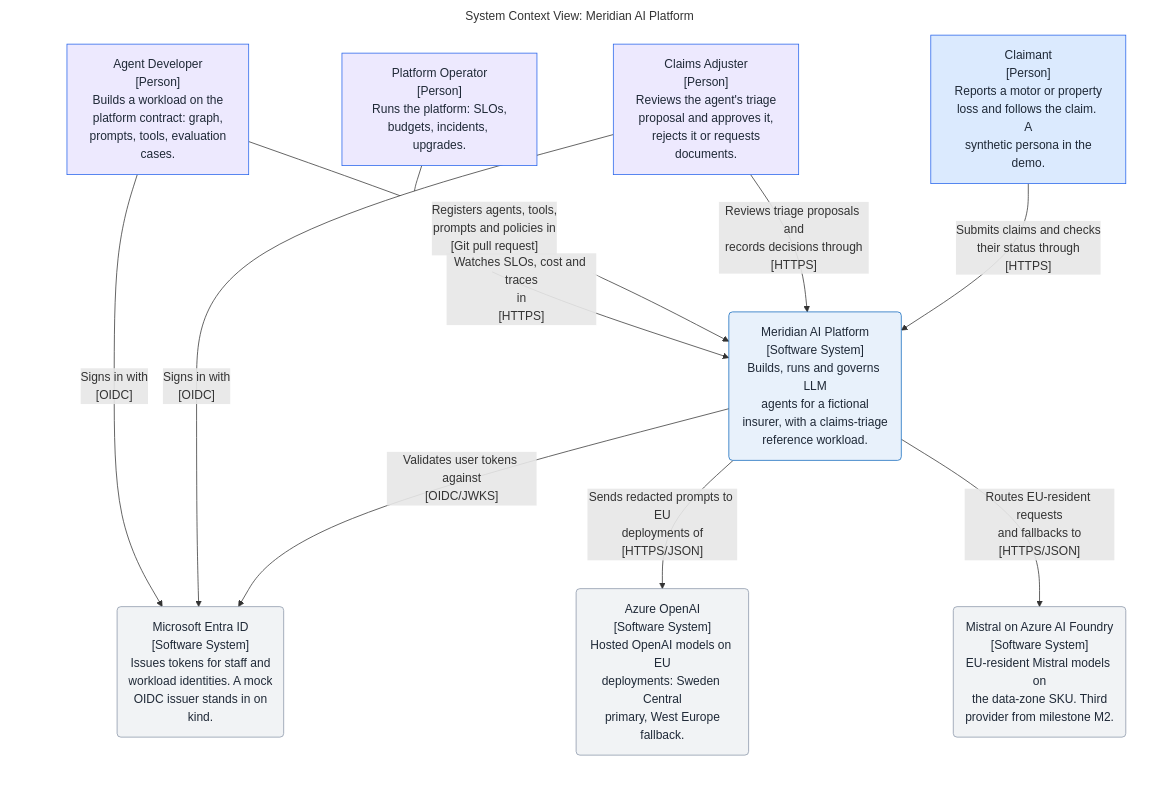
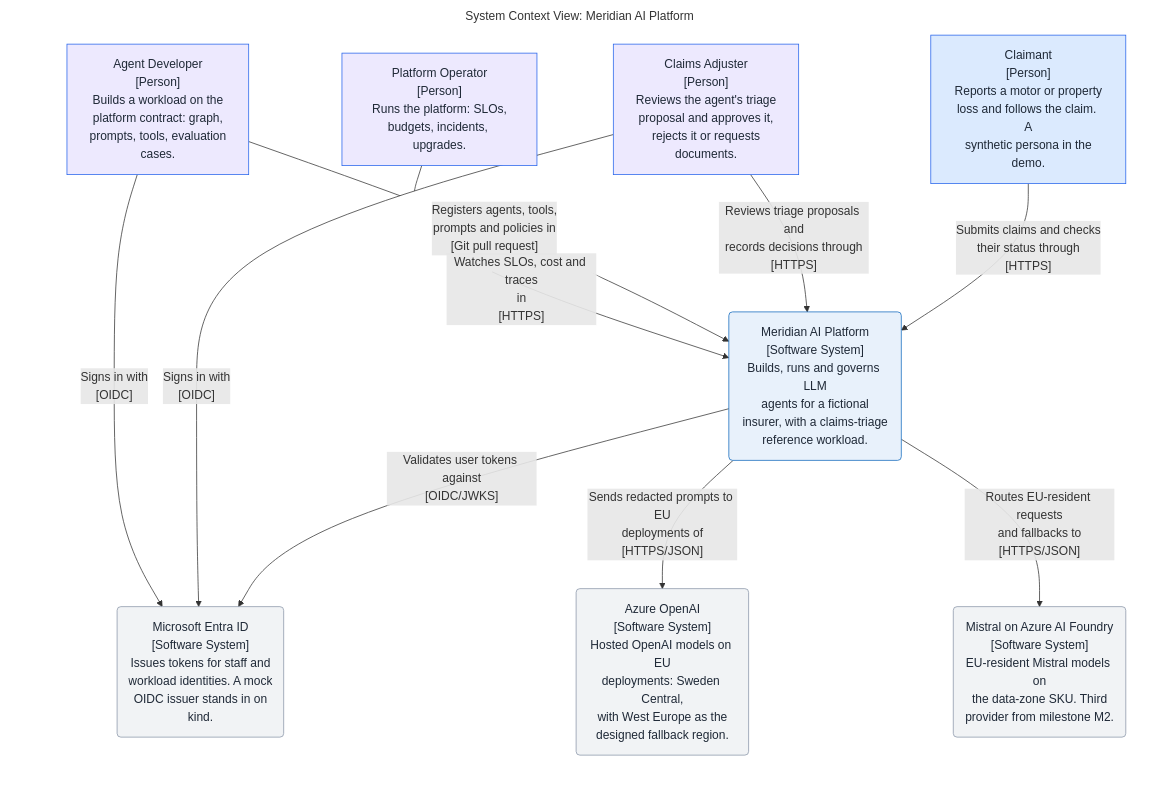
One commit to Dezoxy/meridian-ai-platform changed the diagram in README.md. Above: the diagram before and after it, drawn with Mermaid. The commit also changed other lines of this file and 36 other files, not shown here.

````diff
--- a/README.md
+++ b/README.md
@@ -23,36 +24,36 @@
 ```mermaid
 graph LR
   linkStyle default fill:#ffffff
 
   subgraph diagram ["System Context View: Meridian AI Platform"]
     style diagram fill:#ffffff,stroke:#ffffff
 
     1["Claimant<br/>[Person]<br/>Reports a motor or property<br/>loss and follows the claim. A<br/>synthetic persona in the<br/>demo."]
     style 1 fill:#dbeafe,stroke:#2563eb,color:#1f2937
     10("Meridian AI Platform<br/>[Software System]<br/>Builds, runs and governs LLM<br/>agents for a fictional<br/>insurer, with a claims-triage<br/>reference workload.")
     style 10 fill:#e8f1fb,stroke:#1168bd,color:#1f2937
     2["Claims Adjuster<br/>[Person]<br/>Reviews the agent's triage<br/>proposal and approves it,<br/>rejects it or requests<br/>documents."]
     style 2 fill:#ede9fe,stroke:#2563eb,color:#1f2937
     3["Agent Developer<br/>[Person]<br/>Builds a workload on the<br/>platform contract: graph,<br/>prompts, tools, evaluation<br/>cases."]
     style 3 fill:#ede9fe,stroke:#2563eb,color:#1f2937
     4["Platform Operator<br/>[Person]<br/>Runs the platform: SLOs,<br/>budgets, incidents, upgrades."]
     style 4 fill:#ede9fe,stroke:#2563eb,color:#1f2937
     5("Microsoft Entra ID<br/>[Software System]<br/>Issues tokens for staff and<br/>workload identities. A mock<br/>OIDC issuer stands in on<br/>kind.")
     style 5 fill:#f1f3f5,stroke:#8a96a8,color:#1f2937
-    6("Azure OpenAI<br/>[Software System]<br/>Hosted OpenAI models on EU<br/>deployments: Sweden Central<br/>primary, West Europe<br/>fallback.")
+    6("Azure OpenAI<br/>[Software System]<br/>Hosted OpenAI models on EU<br/>deployments: Sweden Central,<br/>with West Europe as the<br/>designed fallback region.")
     style 6 fill:#f1f3f5,stroke:#8a96a8,color:#1f2937
     7("Mistral on Azure AI Foundry<br/>[Software System]<br/>EU-resident Mistral models on<br/>the data-zone SKU. Third<br/>provider from milestone M2.")
     style 7 fill:#f1f3f5,stroke:#8a96a8,color:#1f2937
 
     1-- "Submits claims and checks<br/>their status through<br/>[HTTPS]" -->10
     2-- "Reviews triage proposals and<br/>records decisions through<br/>[HTTPS]" -->10
     3-- "Registers agents, tools,<br/>prompts and policies in<br/>[Git pull request]" -->10
     4-- "Watches SLOs, cost and traces<br/>in<br/>[HTTPS]" -->10
     10-- "Validates user tokens against<br/>[OIDC/JWKS]" -->5
     10-- "Sends redacted prompts to EU<br/>deployments of<br/>[HTTPS/JSON]" -->6
     10-- "Routes EU-resident requests<br/>and fallbacks to<br/>[HTTPS/JSON]" -->7
     2-- "Signs in with<br/>[OIDC]" -->5
     3-- "Signs in with<br/>[OIDC]" -->5
 
   end
 ```
````
